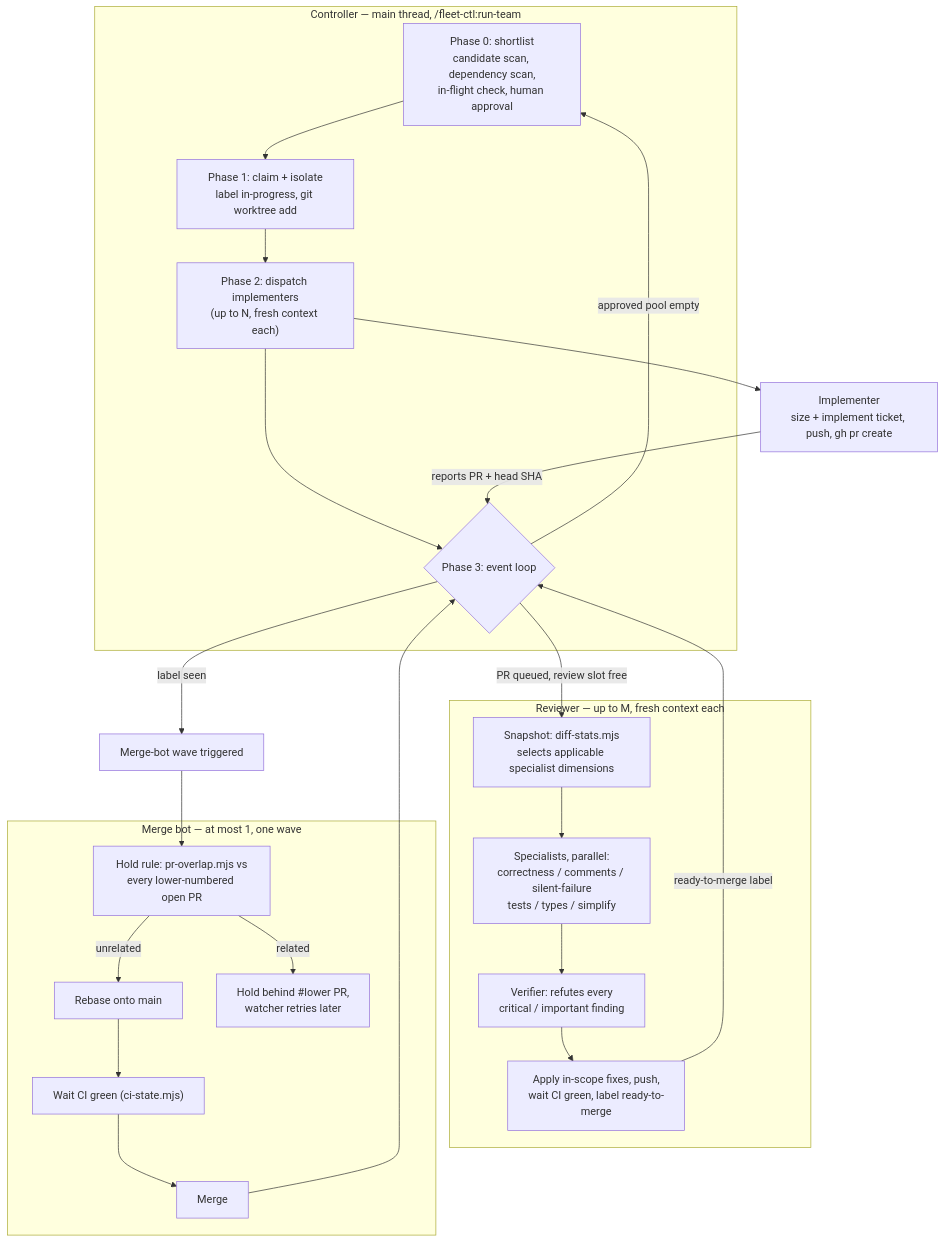
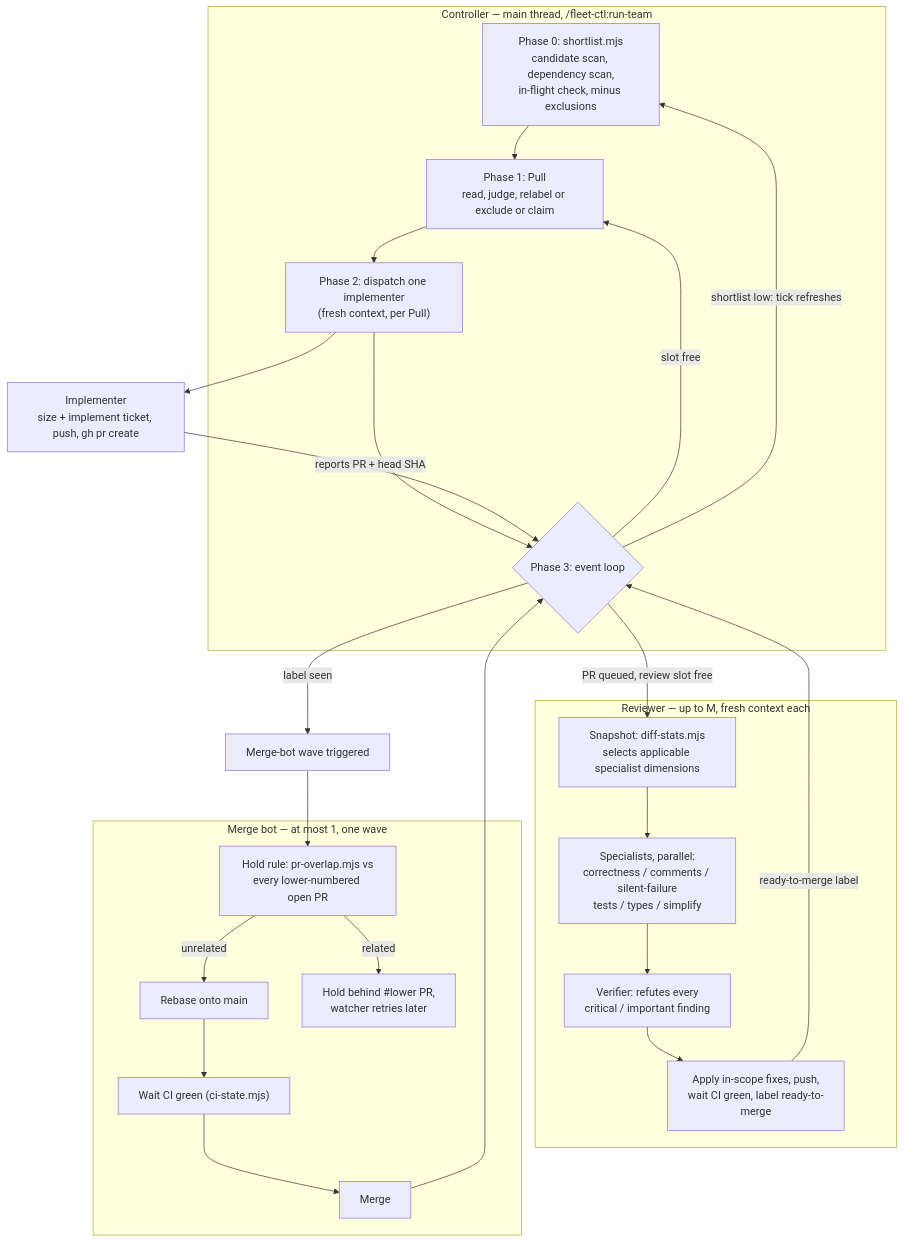
The diagram in README.md (feigi/fleet-plugin), drawn with Mermaid before and after one commit. The commit also changed other lines of this file and 25 other files, not shown here.

First line of the commit message:
run-team: prose cutover for supply and dispatch — Shortlist, Pull, direct-dispatch Pair (#1804)

````diff
--- a/README.md
+++ b/README.md
@@ -126,37 +129,38 @@
 ```mermaid
 flowchart TD
     subgraph CTL["Controller — main thread, /fleet-ctl:run-team"]
-        P0["Phase 0: shortlist<br/>candidate scan, dependency scan,<br/>in-flight check, human approval"]
-        P1["Phase 1: claim + isolate<br/>label in-progress, git worktree add"]
-        P2["Phase 2: dispatch implementers<br/>(up to N, fresh context each)"]
+        P0["Phase 0: shortlist.mjs<br/>candidate scan, dependency scan,<br/>in-flight check, minus exclusions"]
+        P1["Phase 1: Pull<br/>read, judge, relabel or exclude or claim"]
+        P2["Phase 2: dispatch one implementer<br/>(fresh context, per Pull)"]
         P3{"Phase 3: event loop"}
         P0 --> P1 --> P2 --> P3
-        P3 -->|"approved pool empty"| P0
+        P3 -->|"slot free"| P1
+        P3 -->|"shortlist low: tick refreshes"| P0
     end
 
     P2 --> IMPL["Implementer<br/>size + implement ticket, push, gh pr create"]
     IMPL -->|"reports PR + head SHA"| P3
     P3 -->|"PR queued, review slot free"| REV
 
     subgraph REVFAN["Reviewer — up to M, fresh context each"]
         REV["Snapshot: diff-stats.mjs<br/>selects applicable specialist dimensions"]
         SPEC["Specialists, parallel:<br/>correctness / comments / silent-failure<br/>tests / types / simplify"]
         VERI["Verifier: refutes every<br/>critical / important finding"]
         FIX["Apply in-scope fixes, push,<br/>wait CI green, label ready-to-merge"]
         REV --> SPEC --> VERI --> FIX
     end
     FIX -->|"ready-to-merge label"| P3
     P3 -->|"label seen"| MB["Merge-bot wave triggered"]
 
     subgraph MERGEBOT["Merge bot — at most 1, one wave"]
         HOLD["Hold rule: pr-overlap.mjs vs<br/>every lower-numbered open PR"]
         REBASE["Rebase onto main"]
         GREEN["Wait CI green (ci-state.mjs)"]
         MERGE["Merge"]
         WAIT["Hold behind #lower PR,<br/>watcher retries later"]
         HOLD -->|"unrelated"| REBASE --> GREEN --> MERGE
         HOLD -->|"related"| WAIT
     end
     MB --> HOLD
     MERGE --> P3
 ```
````
